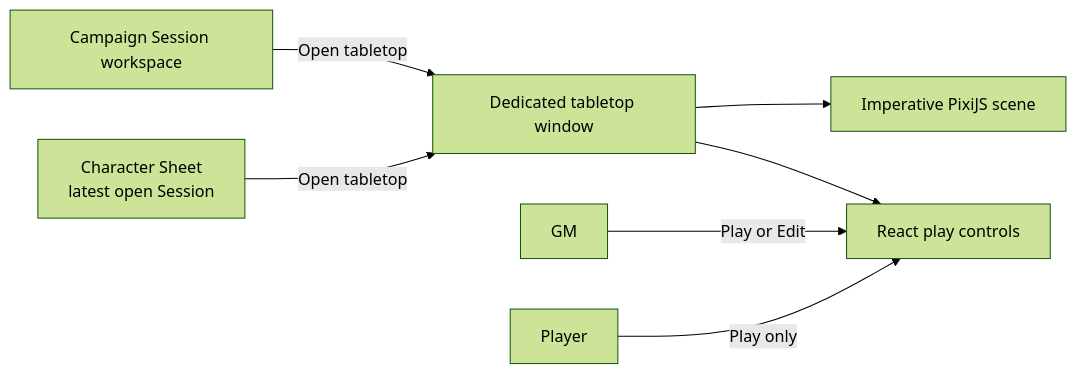
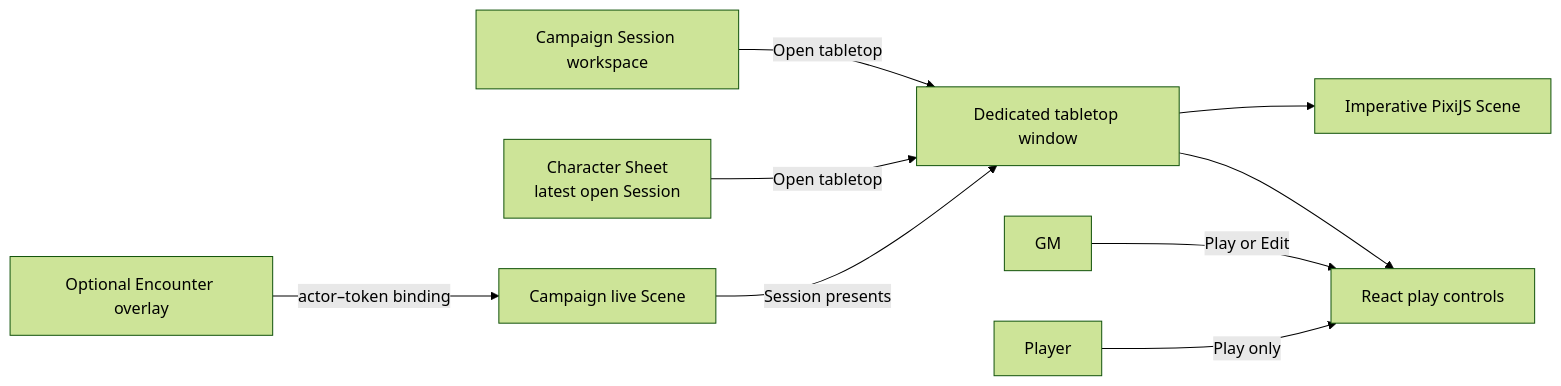
One commit to MPiland/artificer-toolkit changed the first of 4 diagrams in docs/architecture/live-sessions.md. Above: the diagram before and after it, drawn with Mermaid (forest theme). The commit also changed other lines of this file and 986 other files, not shown here.

````diff
--- a/docs/architecture/live-sessions.md
+++ b/docs/architecture/live-sessions.md
@@ -15,9 +15,11 @@
 ```mermaid
 flowchart LR
   Session["Campaign Session workspace"] -->|"Open tabletop"| Tabletop["Dedicated tabletop window"]
   Sheet["Character Sheet<br/>latest open Session"] -->|"Open tabletop"| Tabletop
-  Tabletop --> Canvas["Imperative PixiJS scene"]
+  CampaignScene["Campaign live Scene"] -->|"Session presents"| Tabletop
+  Encounter["Optional Encounter overlay"] -->|"actor–token binding"| CampaignScene
+  Tabletop --> Canvas["Imperative PixiJS Scene"]
   Tabletop --> Controls["React play controls"]
   Owner["GM"] -->|"Play or Edit"| Controls
   Player["Player"] -->|"Play only"| Controls
 ```
````
